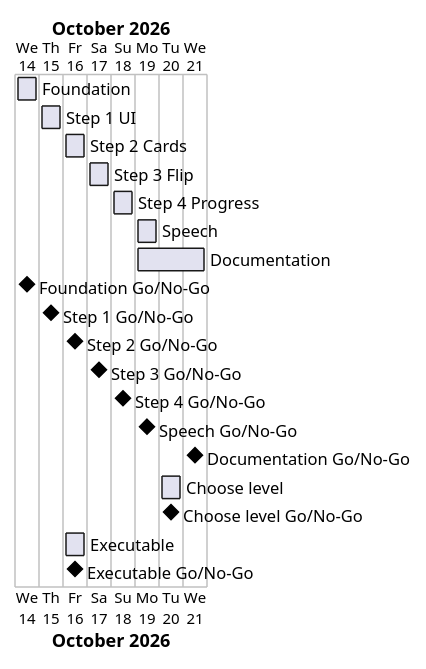
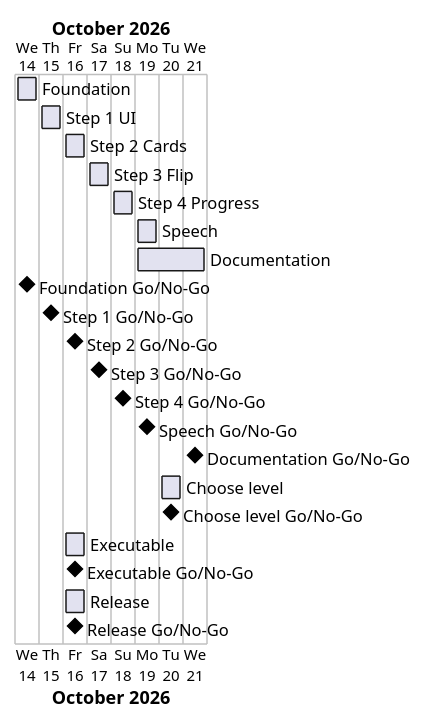
Before and after one commit to Tirsvad-Udemy-100-days-of-code/031-flash-card: the diagram in docs/project-plan.md, drawn with PlantUML. The commit also changed other lines of this file and 14 other files, not shown here.

````diff
--- a/docs/project-plan.md
+++ b/docs/project-plan.md
@@ -46,23 +46,25 @@
 ```plantuml
 @startgantt
 Project starts 2026-10-14
 [Foundation] starts 2026-10-14 and ends 2026-10-14
 [Step 1 UI] starts 2026-10-15 and ends 2026-10-15
 [Step 2 Cards] starts 2026-10-16 and ends 2026-10-16
 [Step 3 Flip] starts 2026-10-17 and ends 2026-10-17
 [Step 4 Progress] starts 2026-10-18 and ends 2026-10-18
 [Speech] starts 2026-10-19 and ends 2026-10-19
 [Documentation] starts 2026-10-19 and ends 2026-10-21
 [Foundation Go/No-Go] happens 2026-10-14
 [Step 1 Go/No-Go] happens 2026-10-15
 [Step 2 Go/No-Go] happens 2026-10-16
 [Step 3 Go/No-Go] happens 2026-10-17
 [Step 4 Go/No-Go] happens 2026-10-18
 [Speech Go/No-Go] happens 2026-10-19
 [Documentation Go/No-Go] happens 2026-10-21
 [Choose level] starts 2026-10-20 and ends 2026-10-20
 [Choose level Go/No-Go] happens 2026-10-20
 [Executable] starts 2026-10-16 and ends 2026-10-16
 [Executable Go/No-Go] happens 2026-10-16
+[Release] starts 2026-10-16 and ends 2026-10-16
+[Release Go/No-Go] happens 2026-10-16
 @endgantt
 ```
````
